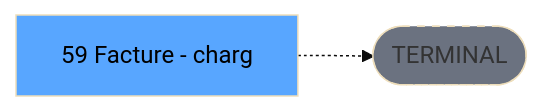
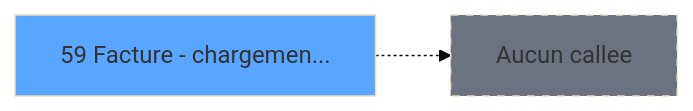
The third of 3 diagrams in .openspec/specs/ADH-IDE-59.md (thonyAGP/magic-migration), drawn with Mermaid (base theme) before and after one commit. The commit also changed other lines of this file and 493 other files, not shown here.

````diff
--- a/.openspec/specs/ADH-IDE-59.md
+++ b/.openspec/specs/ADH-IDE-59.md
@@ -139,8 +263,8 @@
 ```mermaid
 graph LR
-    T[59 Facture - charg]
-    TERM([TERMINAL])
-    T -.-> TERM
-    style TERM fill:#6b7280,stroke-dasharray: 5 5
-    style T fill:#58a6ff,color:#000
+    T59[59 Facture - chargemen...]
+    style T59 fill:#58a6ff
+    NONE[Aucun callee]
+    T59 -.-> NONE
+    style NONE fill:#6b7280,stroke-dasharray: 5 5
 ```
````
